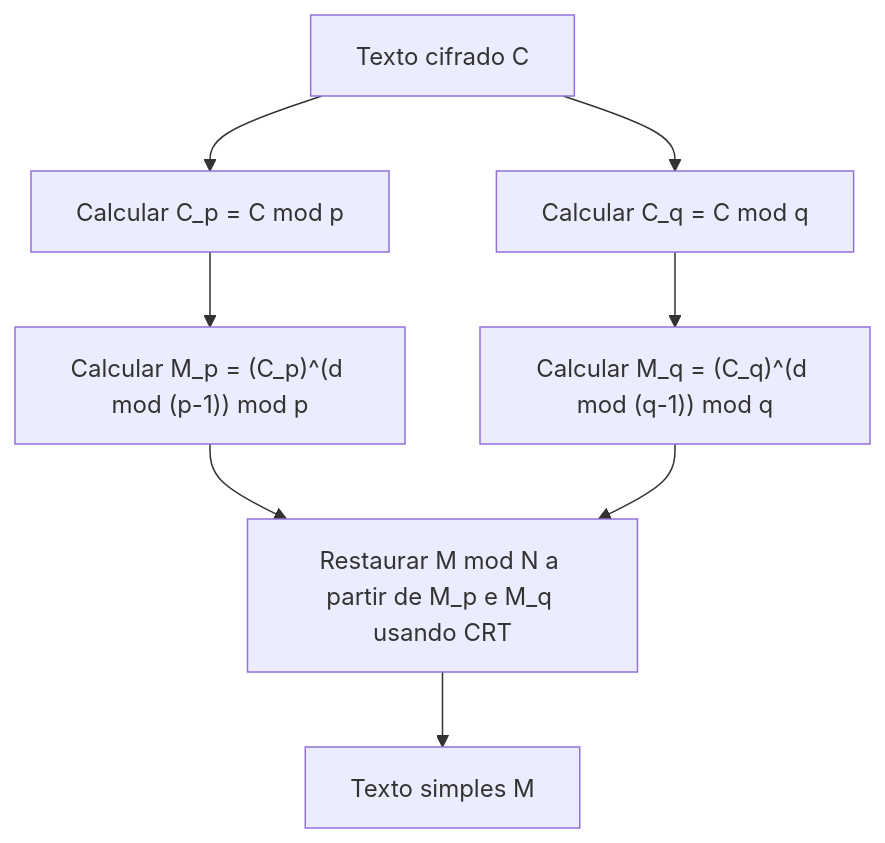
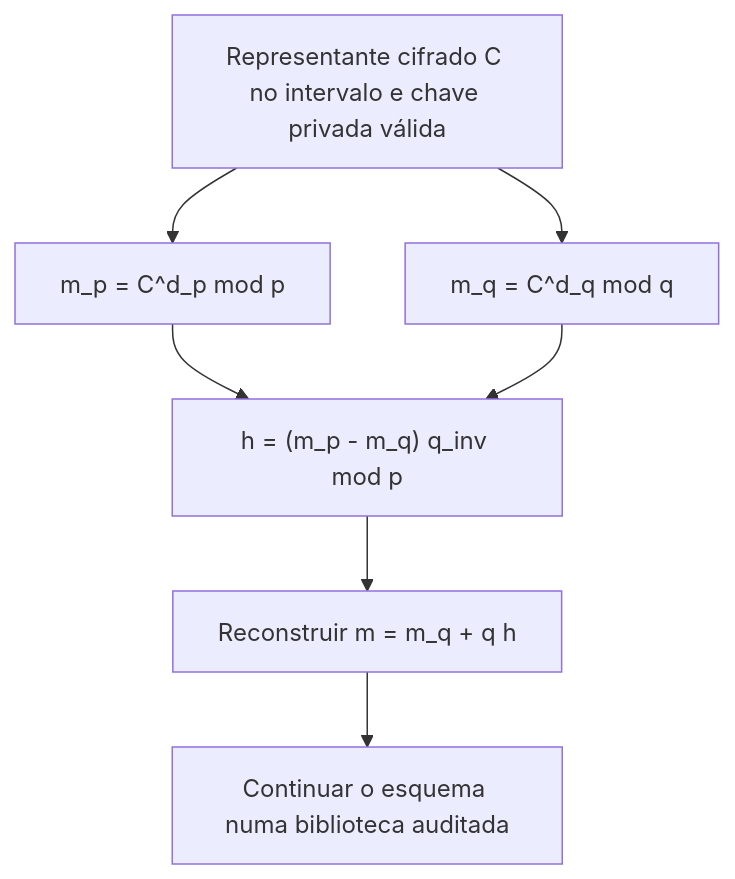
One commit to kenjinote/blog changed the diagram in content/post/chinese-remainder-theorem/index.pt.md. Above: the diagram before and after it, drawn with Mermaid. The commit also changed other lines of this file and 5 other files, not shown here.

````diff
--- a/content/post/chinese-remainder-theorem/index.pt.md
+++ b/content/post/chinese-remainder-theorem/index.pt.md
@@ -127,10 +133,9 @@
 ```mermaid
-graph TD
-    A["Texto cifrado C"] --> B["Calcular C_p = C mod p"]
-    A --> C["Calcular C_q = C mod q"]
-    B --> D["Calcular M_p = (C_p)^(d mod (p-1)) mod p"]
-    C --> E["Calcular M_q = (C_q)^(d mod (q-1)) mod q"]
-    D --> F["Restaurar M mod N a partir de M_p e M_q usando CRT"]
-    E --> F
-    F --> G["Texto simples M"]
+flowchart TD
+    A["Representante cifrado C no intervalo e chave privada válida"] --> B["m_p = C^d_p mod p"]
+    A --> C["m_q = C^d_q mod q"]
+    B --> D["h = (m_p - m_q) q_inv mod p"]
+    C --> D
+    D --> E["Reconstruir m = m_q + q h"]
+    E --> F["Continuar o esquema numa biblioteca auditada"]
 ```
````
